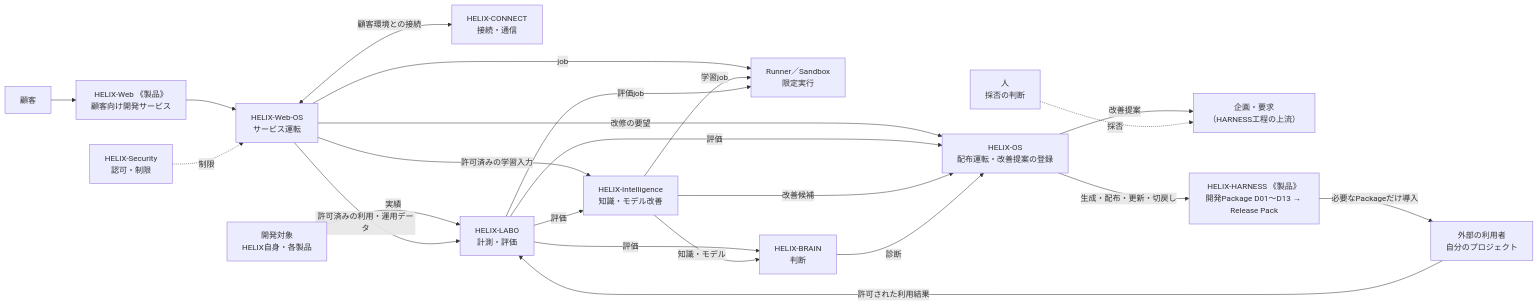
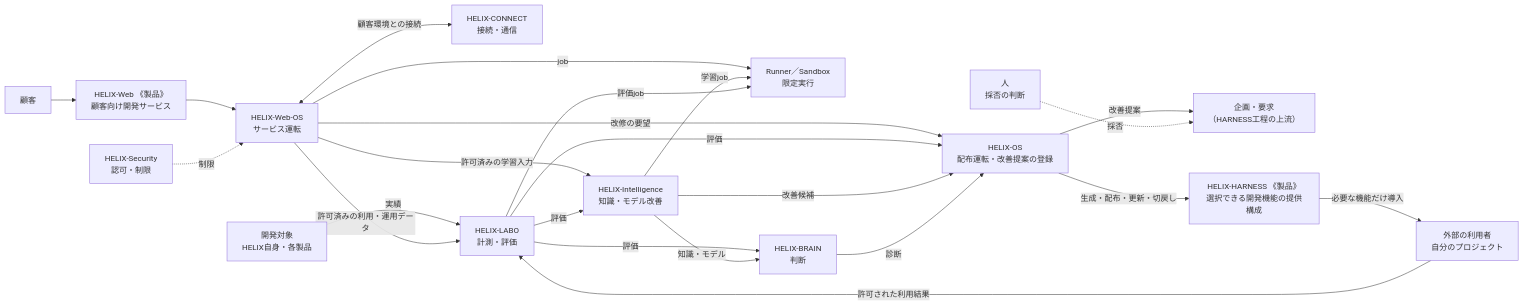
The second of 2 diagrams in docs/concept/helix-concept.md (RetryYN/HELIX-HARNESS), drawn with Mermaid before and after one commit. The commit also changed other lines of this file, not shown here.

Commit message:
docs: leave HARNESS package lineup to HARNESS requirements

````diff
--- a/docs/concept/helix-concept.md
+++ b/docs/concept/helix-concept.md
@@ -121,41 +121,41 @@
 ```mermaid
 flowchart LR
     REQ2["企画・要求<br/>（HARNESS工程の上流）"]
     Human["人<br/>採否の判断"]
     Targets["開発対象<br/>HELIX自身・各製品"]
-    PKG["HELIX-HARNESS 《製品》<br/>開発Package D01〜D13 → Release Pack"]
+    PKG["HELIX-HARNESS 《製品》<br/>選択できる開発機能の提供構成"]
     ExtUser["外部の利用者<br/>自分のプロジェクト"]
     Customer["顧客"]
     WEB["HELIX-Web 《製品》<br/>顧客向け開発サービス"]
     WEBOS["HELIX-Web-OS<br/>サービス運転"]
     CONNECT["HELIX-CONNECT<br/>接続・通信"]
     RUNNER["Runner／Sandbox<br/>限定実行"]
     LABO["HELIX-LABO<br/>計測・評価"]
     INT["HELIX-Intelligence<br/>知識・モデル改善"]
     BRAIN["HELIX-BRAIN<br/>判断"]
     OS["HELIX-OS<br/>配布運転・改善提案の登録"]
     SEC["HELIX-Security<br/>認可・制限"]
 
     OS -->|生成・配布・更新・切戻し| PKG
-    PKG -->|必要なPackageだけ導入| ExtUser
+    PKG -->|必要な機能だけ導入| ExtUser
     ExtUser -->|許可された利用結果| LABO
     Customer --> WEB
     WEB --> WEBOS
     WEBOS <-->|顧客環境との接続| CONNECT
     WEBOS -->|job| RUNNER
     SEC -.->|制限| WEBOS
     Targets -->|実績| LABO
     WEBOS -->|許可済みの利用・運用データ| LABO
     WEBOS -->|許可済みの学習入力| INT
     WEBOS -->|改修の要望| OS
     LABO -->|評価| BRAIN
     LABO -->|評価| INT
     LABO -->|評価| OS
     INT -->|知識・モデル| BRAIN
     INT -->|改善候補| OS
     INT -->|学習job| RUNNER
     LABO -->|評価job| RUNNER
     BRAIN -->|診断| OS
     OS -->|改善提案| REQ2
     Human -.->|採否| REQ2
 ```
````
